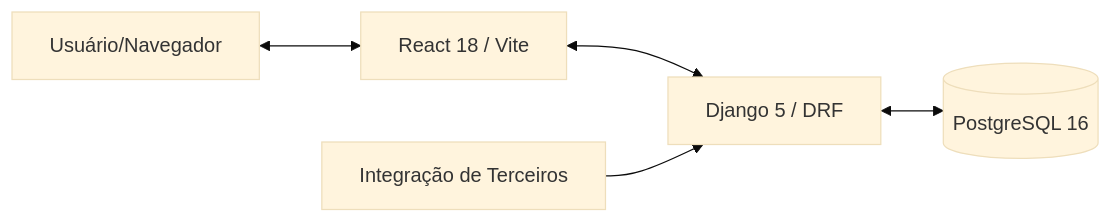
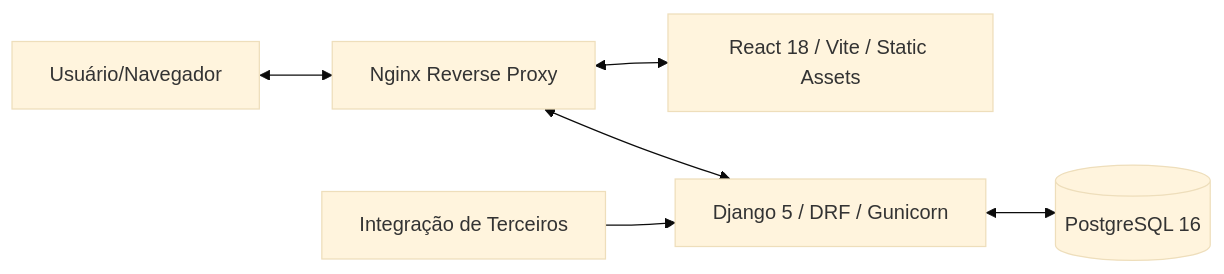
Before and after one commit to mucadoo/todoapp: the diagram in README.md, drawn with Mermaid (base theme). The commit also changed other lines of this file, not shown here.

Commit message:
docs: update README with production architecture and AWS deployment workflow

````diff
--- a/README.md
+++ b/README.md
@@ -7,7 +9,8 @@
 ```mermaid
 graph LR
-    User[Usuário/Navegador] <--> Frontend[React 18 / Vite]
-    Frontend <--> Backend[Django 5 / DRF]
+    User[Usuário/Navegador] <--> Nginx[Nginx Reverse Proxy]
+    Nginx <--> Frontend[React 18 / Vite / Static Assets]
+    Nginx <--> Backend[Django 5 / DRF / Gunicorn]
     Backend <--> DB[(PostgreSQL 16)]
     ThirdParty[Integração de Terceiros] --> Backend
 ```
````
